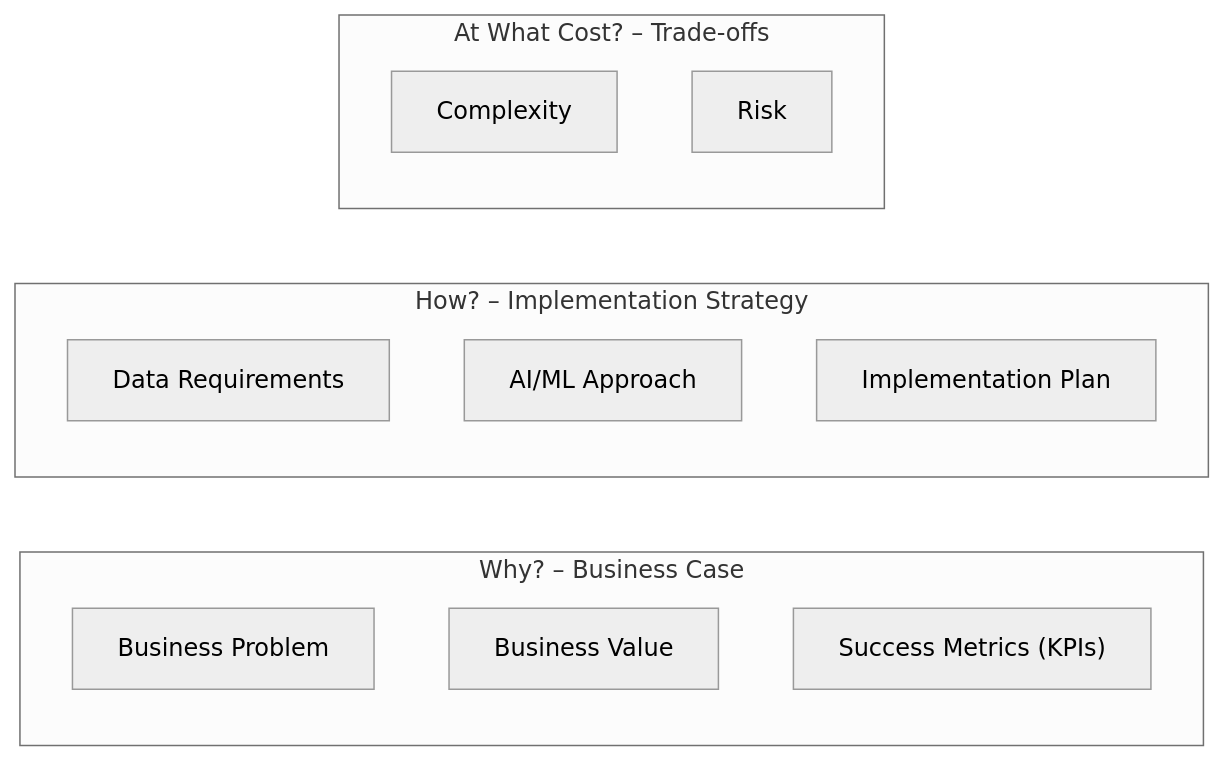
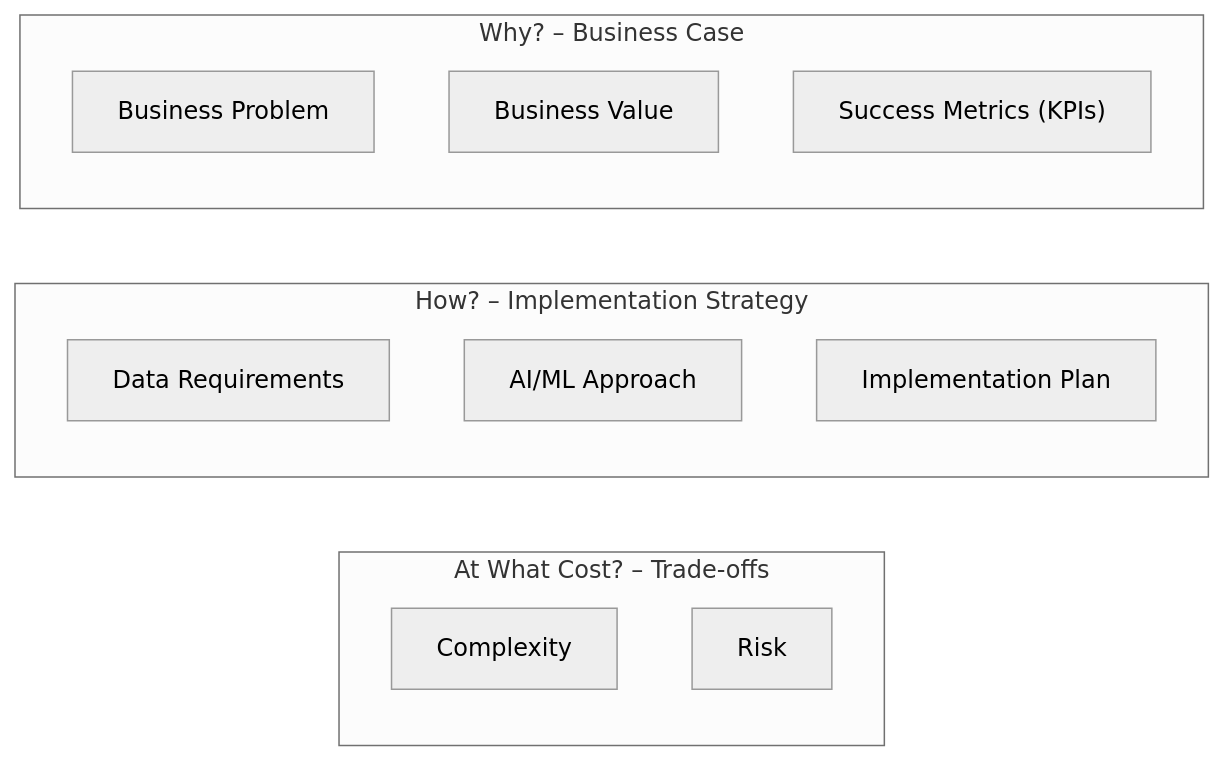
Before and after one commit to lkgarcia/whitepaper: the diagram in docs/03-the-ai-use-case-canvas.md, drawn with Mermaid (neutral theme). The commit also changed other lines of this file, not shown here.

Commit message:
#3: The AI Use Case Canvas in Detail

````diff
--- a/docs/03-the-ai-use-case-canvas.md
+++ b/docs/03-the-ai-use-case-canvas.md
@@ -126,17 +123,17 @@
 ```mermaid
 flowchart LR
-subgraph WHY [Why? – Business Case]
-    P[Business Problem]
-    V[Business Value]
-    K["Success Metrics (KPIs)"]
+subgraph COST [At What Cost? – Trade-offs]
+    C[Complexity]
+    R[Risk]
 end
 subgraph HOW [How? – Implementation Strategy]
     D[Data Requirements]
     A[AI/ML Approach]
     I[Implementation Plan]
 end
-subgraph COST [At What Cost? – Trade-offs]
-    C[Complexity]
-    R[Risk]
+subgraph WHY [Why? – Business Case]
+    P[Business Problem]
+    V[Business Value]
+    K["Success Metrics (KPIs)"]
 end
 ```
````
